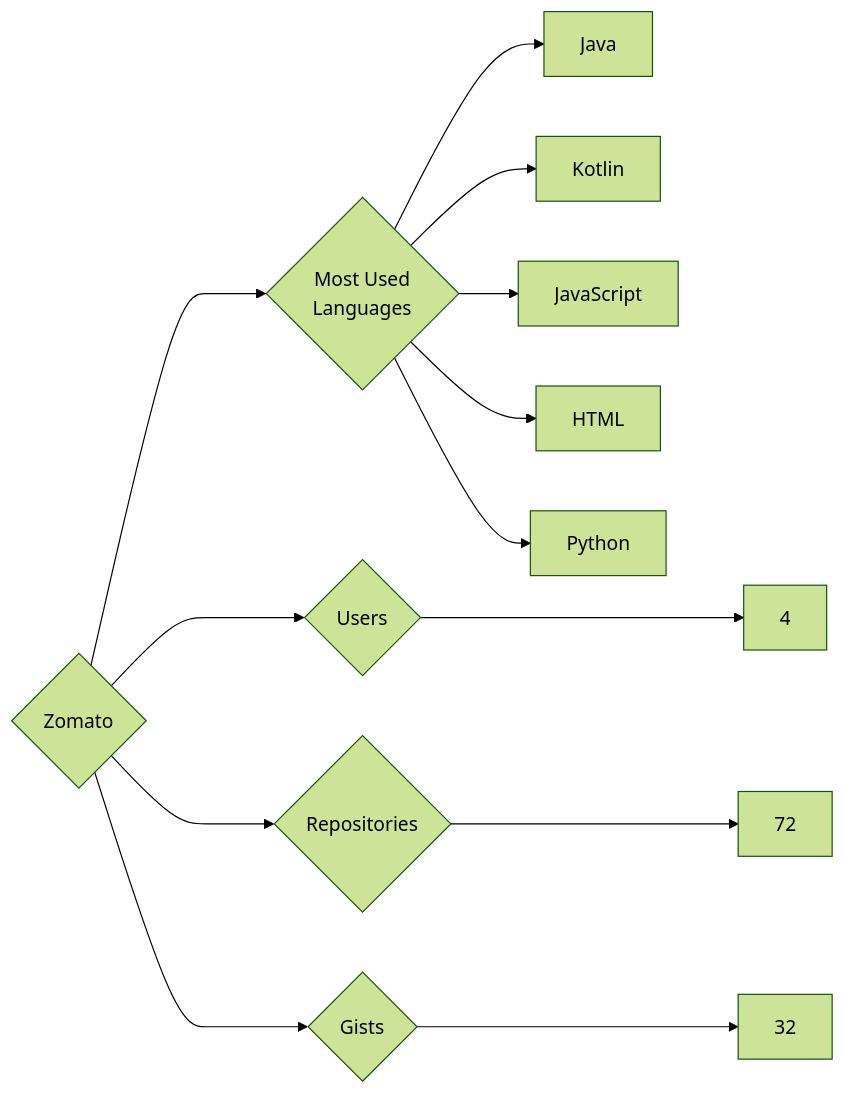
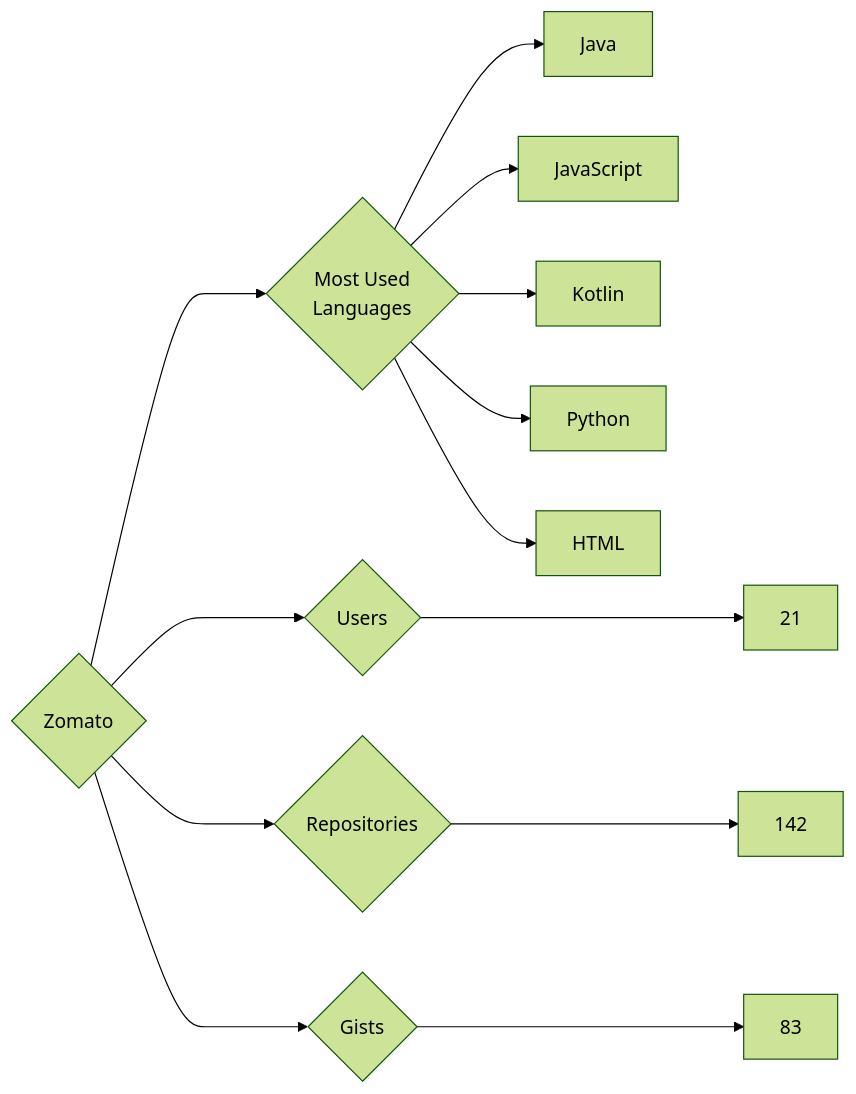
Before and after one commit to trickest/insiders: the diagram in targets/Zomato/README.md, drawn with Mermaid (forest theme). The commit also changed 969 other files, not shown here.

````diff
--- a/targets/Zomato/README.md
+++ b/targets/Zomato/README.md
@@ -3,13 +3,13 @@
 ```mermaid
 graph LR
 COMPANY_NAME{Zomato}
-COMPANY_NAME ---> U{Users} ---> UN[4]
-COMPANY_NAME ---> R{Repositories} ---> RN[72]
-COMPANY_NAME ---> G{Gists} ---> GN[32]
+COMPANY_NAME ---> U{Users} ---> UN[21]
+COMPANY_NAME ---> R{Repositories} ---> RN[142]
+COMPANY_NAME ---> G{Gists} ---> GN[83]
 COMPANY_NAME ---> ML{Most Used<br>Languages}
 ML --> Java[Java]
+ML --> JavaScript[JavaScript]
 ML --> Kotlin[Kotlin]
-ML --> JavaScript[JavaScript]
+ML --> Python[Python]
 ML --> HTML[HTML]
-ML --> Python[Python]
 ```
````
